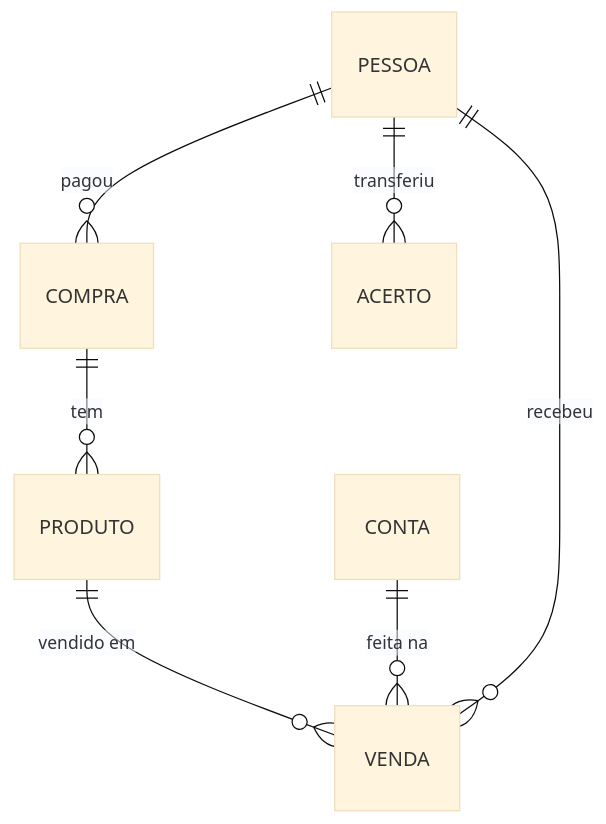
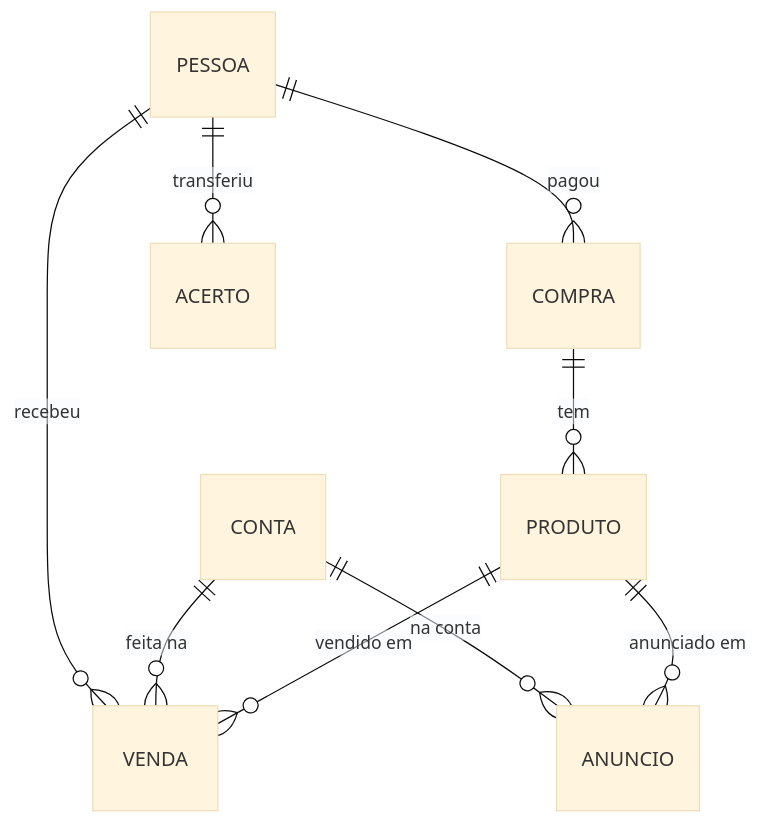
The third of 4 diagrams in README.md (RicardoMarquesCardoso/gestao-vinted), drawn with Mermaid (base theme) before and after one commit. The commit also changed other lines of this file and 4 other files, not shown here.

````diff
--- a/README.md
+++ b/README.md
@@ -176,9 +176,11 @@
 ```mermaid
 erDiagram
   COMPRA ||--o{ PRODUTO : "tem"
   PRODUTO ||--o{ VENDA : "vendido em"
   CONTA ||--o{ VENDA : "feita na"
+  PRODUTO ||--o{ ANUNCIO : "anunciado em"
+  CONTA ||--o{ ANUNCIO : "na conta"
   PESSOA ||--o{ COMPRA : "pagou"
   PESSOA ||--o{ VENDA : "recebeu"
   PESSOA ||--o{ ACERTO : "transferiu"
 ```
````
